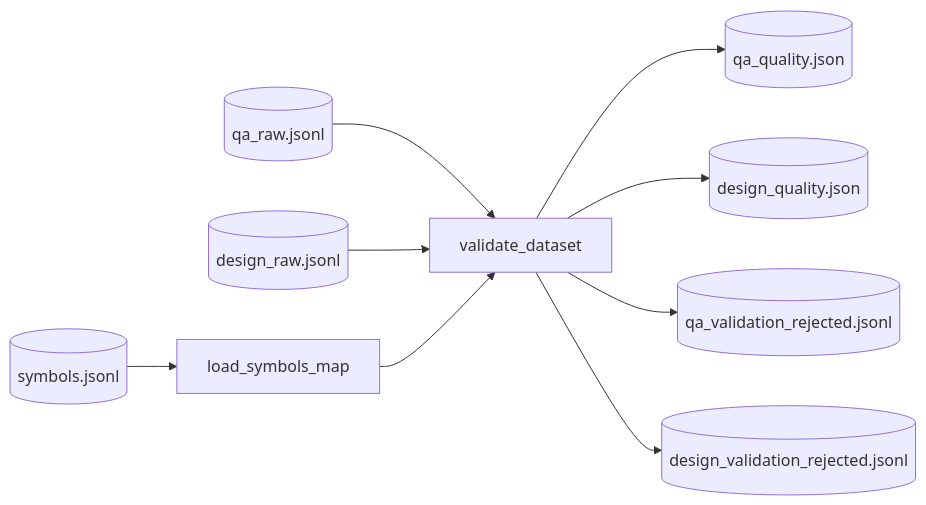
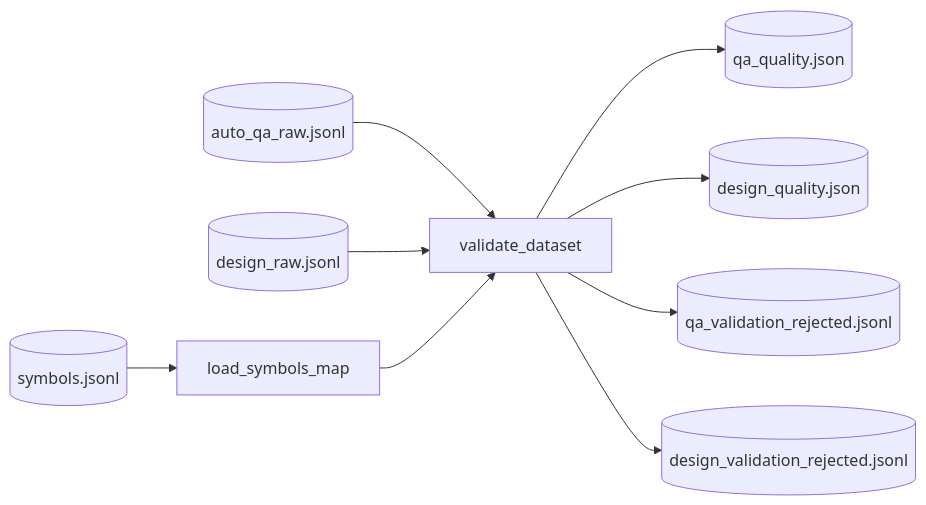
Before and after one commit to FlutteryEmbers/intelligent_code: the diagram in docs/pipeline/05-validation-step.md, drawn with Mermaid. The commit also changed other lines of this file and 12 other files, not shown here.

````diff
--- a/docs/pipeline/05-validation-step.md
+++ b/docs/pipeline/05-validation-step.md
@@ -58,11 +58,11 @@
 ```mermaid
 flowchart LR
   S[(symbols.jsonl)] --> M[load_symbols_map]
-  Q[(qa_raw.jsonl)] --> V[validate_dataset]
+  Q[(auto_qa_raw.jsonl)] --> V[validate_dataset]
   D[(design_raw.jsonl)] --> V
   M --> V
   V --> R1[(qa_quality.json)]
   V --> R2[(design_quality.json)]
   V --> X1[(qa_validation_rejected.jsonl)]
   V --> X2[(design_validation_rejected.jsonl)]
 ```
````
